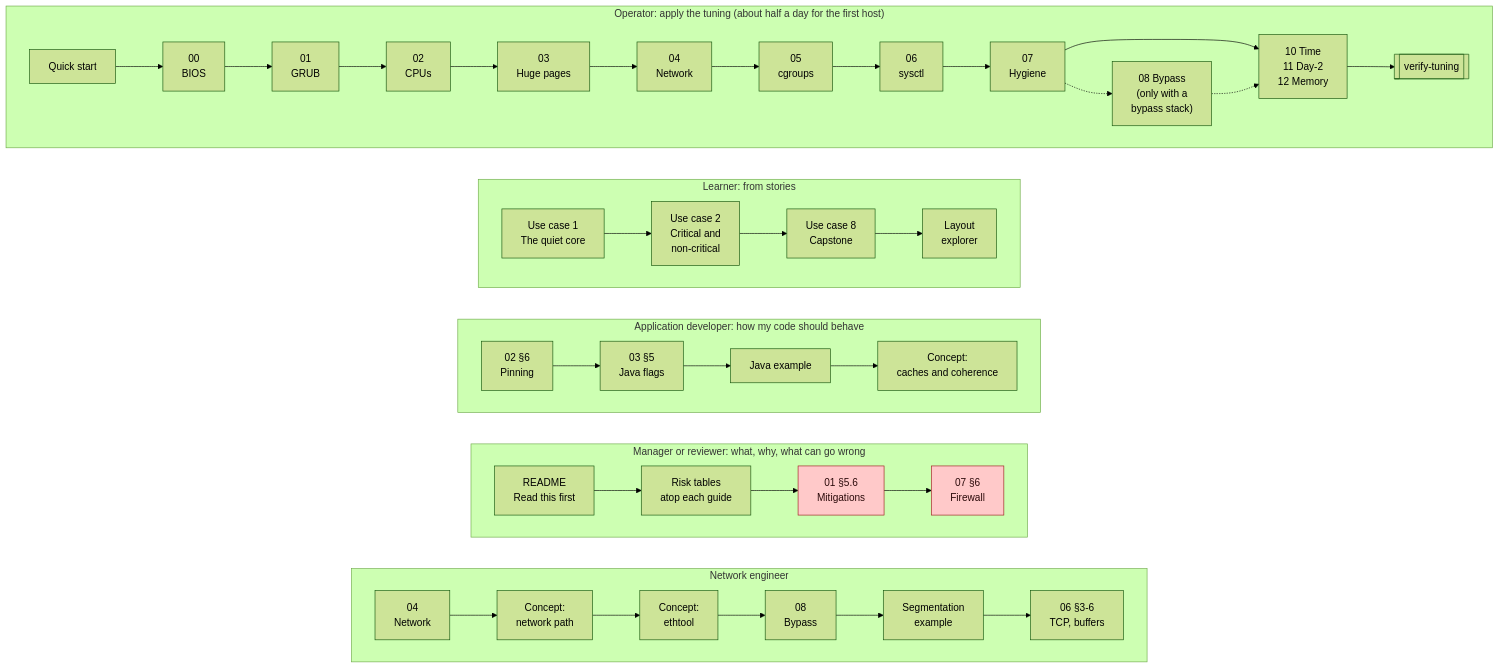
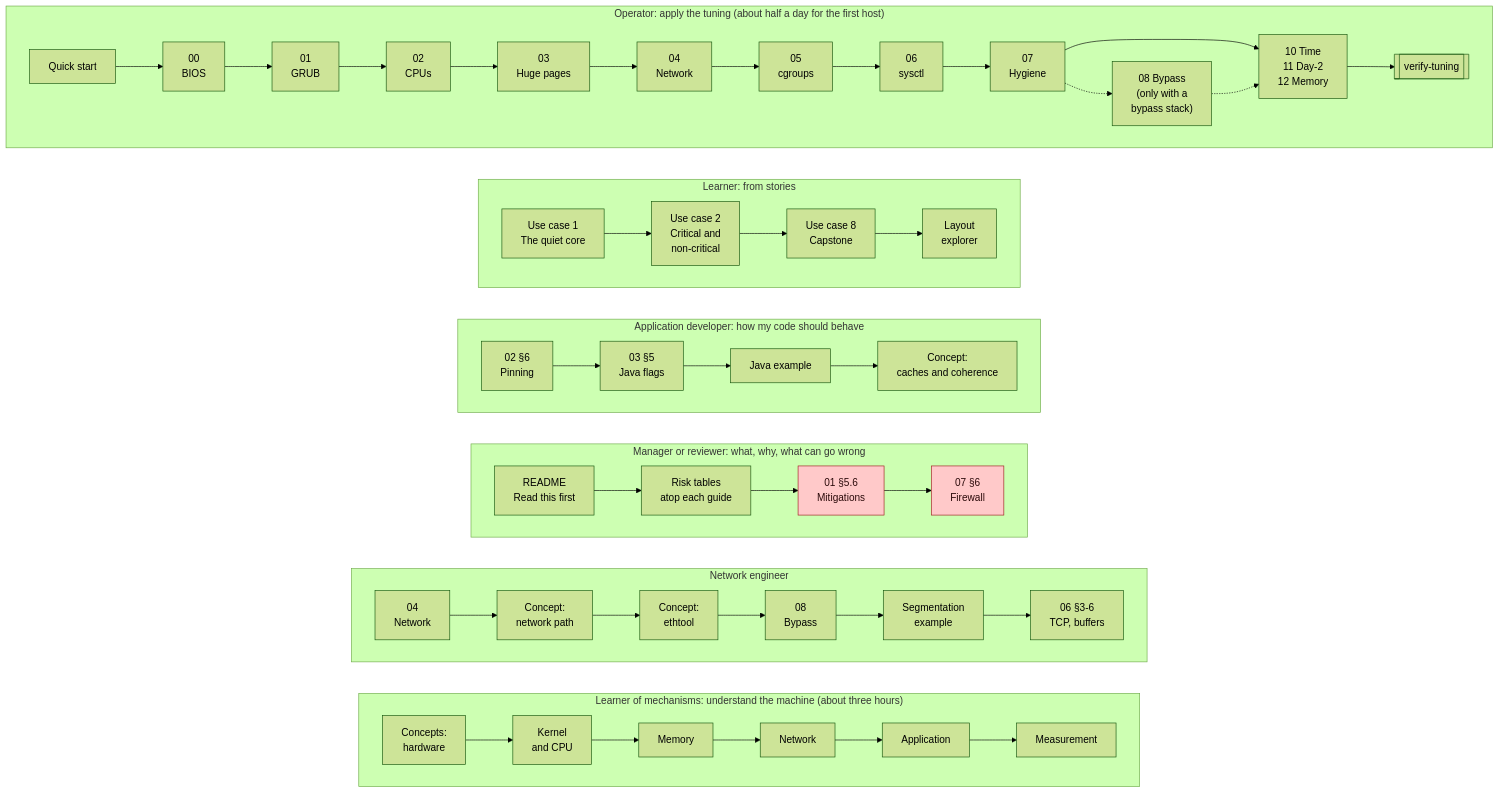
Before and after one commit to vitor-tadashi/mechanical-sympathy: the first of 2 diagrams in INDEX.md, drawn with Mermaid (forest theme). The commit also changed other lines of this file and 1 other file, not shown here.

First line of the commit message:
docs(index): add a concept map and a reading path through the concepts (#90)

````diff
--- a/INDEX.md
+++ b/INDEX.md
@@ -7,27 +7,31 @@
 ```mermaid
 flowchart TD
   subgraph op["Operator: apply the tuning (about half a day for the first host)"]
     direction LR
     o0["Quick start"] --> o00["00<br/>BIOS"] --> o1["01<br/>GRUB"] --> o2["02<br/>CPUs"] --> o3["03<br/>Huge pages"] --> o4["04<br/>Network"] --> o5["05<br/>cgroups"] --> o6["06<br/>sysctl"] --> o7["07<br/>Hygiene"] --> o10["10 Time<br/>11 Day-2<br/>12 Memory"] --> ov[["verify-tuning"]]
     o7 -.-> o8["08 Bypass<br/>(only with a<br/>bypass stack)"] -.-> o10
   end
   subgraph story["Learner: from stories"]
     direction LR
     s1["Use case 1<br/>The quiet core"] --> s2["Use case 2<br/>Critical and<br/>non-critical"] --> s3["Use case 8<br/>Capstone"] --> s4["Layout<br/>explorer"]
   end
   subgraph dev["Application developer: how my code should behave"]
     direction LR
     d1["02 §6<br/>Pinning"] --> d2["03 §5<br/>Java flags"] --> d3["Java example"] --> d4["Concept:<br/>caches and coherence"]
   end
   subgraph mgr["Manager or reviewer: what, why, what can go wrong"]
     direction LR
     m1["README<br/>Read this first"] --> m2["Risk tables<br/>atop each guide"] --> m3["01 §5.6<br/>Mitigations"] --> m4["07 §6<br/>Firewall"]
   end
   subgraph net["Network engineer"]
     direction LR
     n1["04<br/>Network"] --> n2["Concept:<br/>network path"] --> n3["Concept:<br/>ethtool"] --> n4["08<br/>Bypass"] --> n5["Segmentation<br/>example"] --> n6["06 §3-6<br/>TCP, buffers"]
   end
-  op ~~~ story ~~~ dev ~~~ mgr ~~~ net
+  subgraph learn["Learner of mechanisms: understand the machine (about three hours)"]
+    direction LR
+    u1["Concepts:<br/>hardware"] --> u2["Kernel<br/>and CPU"] --> u3["Memory"] --> u4["Network"] --> u5["Application"] --> u6["Measurement"]
+  end
+  op ~~~ story ~~~ dev ~~~ mgr ~~~ net ~~~ learn
   classDef risk fill:#ffc9c9,stroke:#9b1c1c,color:#2b0a0a
   class m3,m4 risk
 ```
````
